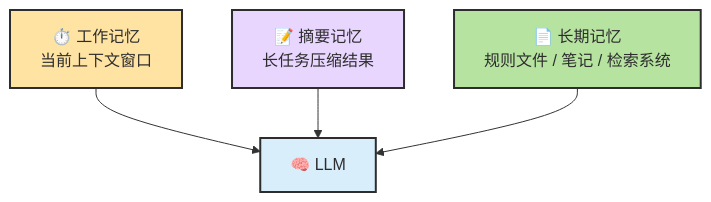
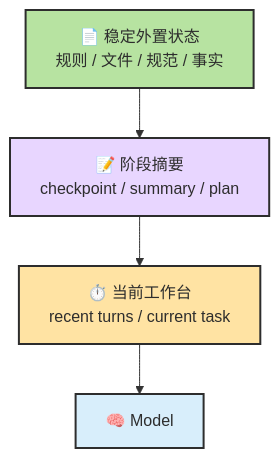
Before and after one commit to zht043/AgenticCodingTutorial: diagram 14 of 19 in docs/chapters/ch02-concepts.md, drawn with Mermaid. The commit also changed other lines of this file, not shown here.

````diff
--- a/docs/chapters/ch02-concepts.md
+++ b/docs/chapters/ch02-concepts.md
@@ -1297,11 +673,9 @@
 ```mermaid
-flowchart TB
+flowchart TD
     classDef short fill:#ffe3a3,stroke:#2d2d2d,stroke-width:2px,color:#2d2d2d
     classDef summary fill:#e8d6ff,stroke:#2d2d2d,stroke-width:2px,color:#2d2d2d
     classDef long fill:#b7e3a1,stroke:#2d2d2d,stroke-width:2px,color:#2d2d2d
     classDef llm fill:#d8eefb,stroke:#2d2d2d,stroke-width:2px,color:#2d2d2d
 
-    S["⏱️ 工作记忆<br/>当前上下文窗口"]:::short --> L["🧠 LLM"]:::llm
-    M["📝 摘要记忆<br/>长任务压缩结果"]:::summary --> L
-    F["📄 长期记忆<br/>规则文件 / 笔记 / 检索系统"]:::long --> L
+    F["📄 稳定外置状态<br/>规则 / 文件 / 规范 / 事实"]:::long --> S["📝 阶段摘要<br/>checkpoint / summary / plan"]:::summary --> W["⏱️ 当前工作台<br/>recent turns / current task"]:::short --> L["🧠 Model"]:::llm
 ```
````
